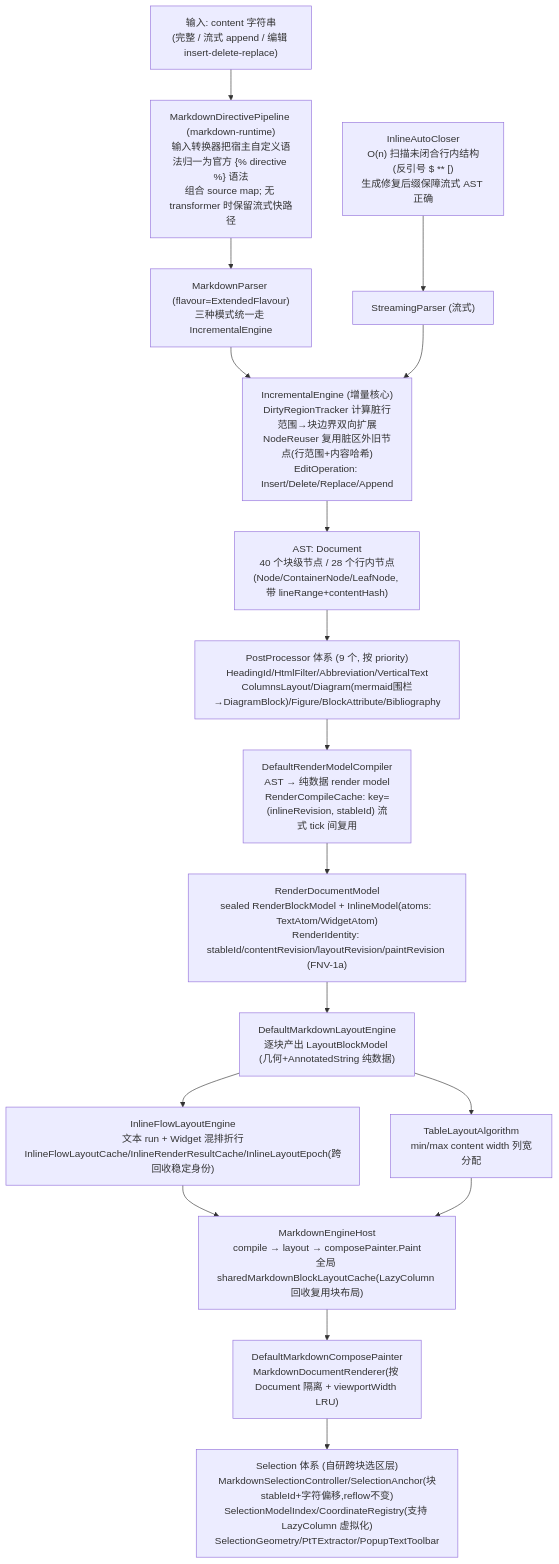
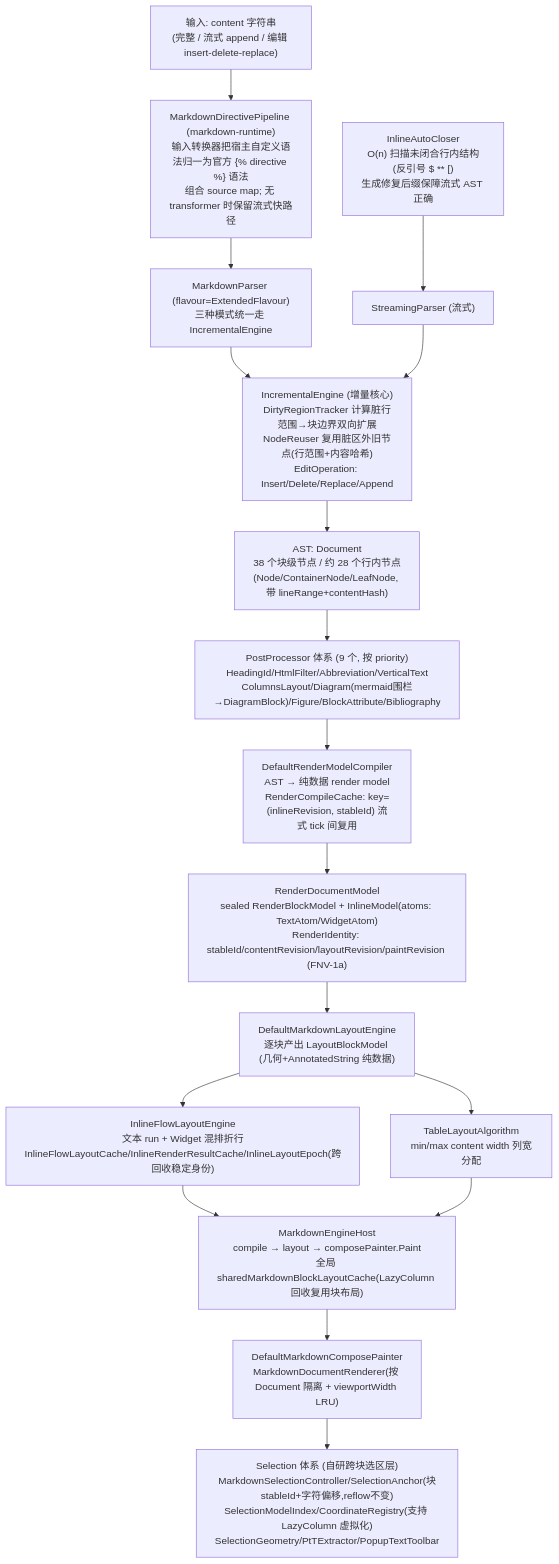
The first of 3 diagrams in mederi/docs/architecture/03-inkcompose.md (lzdev42/mederi), drawn with Mermaid before and after one commit. The commit also changed other lines of this file and 97 other files, not shown here.

````diff
--- a/mederi/docs/architecture/03-inkcompose.md
+++ b/mederi/docs/architecture/03-inkcompose.md
@@ -42,19 +65,19 @@
 ```mermaid
 flowchart TD
     SRC["输入: content 字符串<br/>(完整 / 流式 append / 编辑 insert-delete-replace)"] --> PIPE["MarkdownDirectivePipeline (markdown-runtime)<br/>输入转换器把宿主自定义语法归一为官方 {% directive %} 语法<br/>组合 source map; 无 transformer 时保留流式快路径"]
     PIPE --> PARSER["MarkdownParser (flavour=ExtendedFlavour)<br/>三种模式统一走 IncrementalEngine"]
     PARSER --> ENGINE["IncrementalEngine (增量核心)<br/>DirtyRegionTracker 计算脏行范围→块边界双向扩展<br/>NodeReuser 复用脏区外旧节点(行范围+内容哈希)<br/>EditOperation: Insert/Delete/Replace/Append"]
     STREAM["StreamingParser (流式)"] --> ENGINE
     CLOSER["InlineAutoCloser<br/>O(n) 扫描未闭合行内结构(反引号 $ ** [)<br/>生成修复后缀保障流式 AST 正确"] --> STREAM
-    ENGINE --> AST["AST: Document<br/>40 个块级节点 / 28 个行内节点<br/>(Node/ContainerNode/LeafNode, 带 lineRange+contentHash)"]
+    ENGINE --> AST["AST: Document<br/>38 个块级节点 / 约 28 个行内节点<br/>(Node/ContainerNode/LeafNode, 带 lineRange+contentHash)"]
     AST --> PP["PostProcessor 体系 (9 个, 按 priority)<br/>HeadingId/HtmlFilter/Abbreviation/VerticalText<br/>ColumnsLayout/Diagram(mermaid围栏→DiagramBlock)/Figure/BlockAttribute/Bibliography"]
     PP --> COMPILE["DefaultRenderModelCompiler<br/>AST → 纯数据 render model<br/>RenderCompileCache: key=(inlineRevision, stableId) 流式 tick 间复用"]
     COMPILE --> RM["RenderDocumentModel<br/>sealed RenderBlockModel + InlineModel(atoms: TextAtom/WidgetAtom)<br/>RenderIdentity: stableId/contentRevision/layoutRevision/paintRevision (FNV-1a)"]
     RM --> LAYOUT["DefaultMarkdownLayoutEngine<br/>逐块产出 LayoutBlockModel (几何+AnnotatedString 纯数据)"]
     LAYOUT --> IFLOW["InlineFlowLayoutEngine<br/>文本 run + Widget 混排折行<br/>InlineFlowLayoutCache/InlineRenderResultCache/InlineLayoutEpoch(跨回收稳定身份)"]
     LAYOUT --> TBL["TableLayoutAlgorithm<br/>min/max content width 列宽分配"]
     IFLOW --> HOST["MarkdownEngineHost<br/>compile → layout → composePainter.Paint<br/>全局 sharedMarkdownBlockLayoutCache(LazyColumn 回收复用块布局)"]
     TBL --> HOST
     HOST --> PAINT["DefaultMarkdownComposePainter<br/>MarkdownDocumentRenderer(按 Document 隔离 + viewportWidth LRU)"]
     PAINT --> SEL["Selection 体系 (自研跨块选区层)<br/>MarkdownSelectionController/SelectionAnchor(块stableId+字符偏移,reflow不变)<br/>SelectionModelIndex/CoordinateRegistry(支持 LazyColumn 虚拟化)<br/>SelectionGeometry/PtTExtractor/PopupTextToolbar"]
 ```
````
